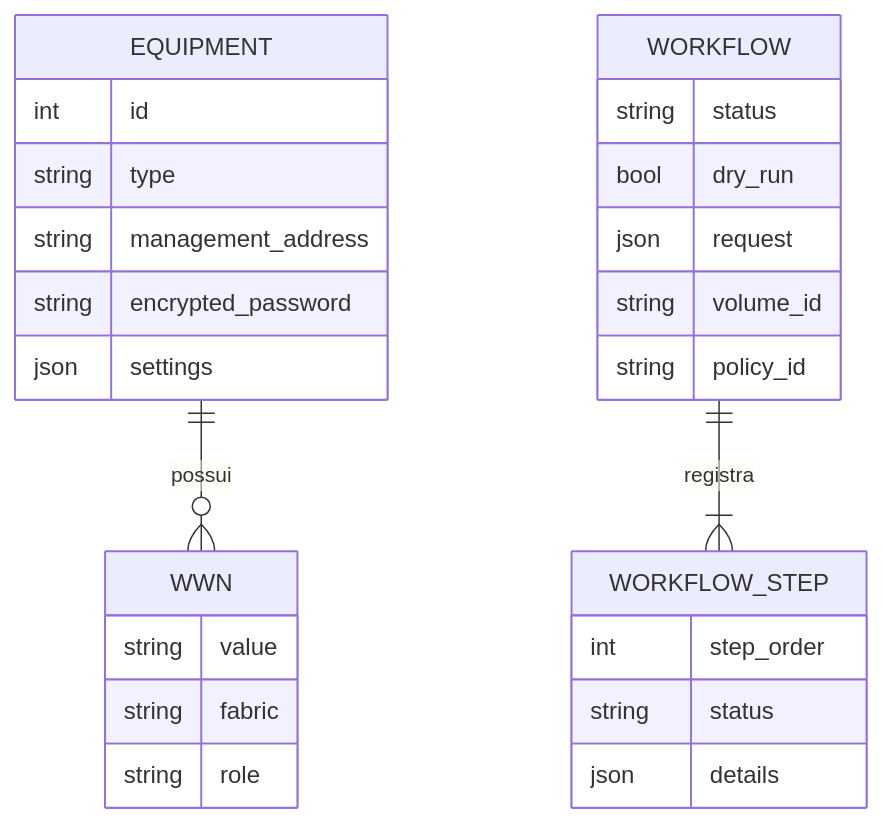
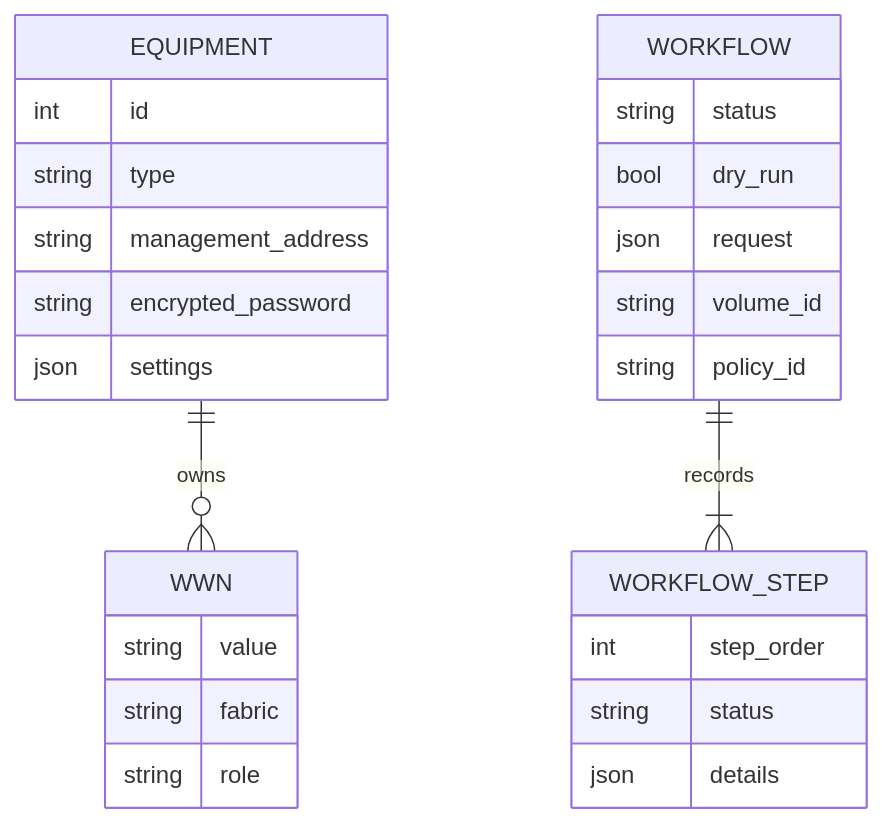
One commit to AlessandroDaudt/Dell-PPDM-PowerStore changed the diagram in docs/ARCHITECTURE.md. Above: the diagram before and after it, drawn with Mermaid. The commit also changed other lines of this file and 9 other files, not shown here.

````diff
--- a/docs/ARCHITECTURE.md
+++ b/docs/ARCHITECTURE.md
@@ -20,29 +20,29 @@
 ```mermaid
 erDiagram
-    EQUIPMENT ||--o{ WWN : possui
-    WORKFLOW ||--|{ WORKFLOW_STEP : registra
+    EQUIPMENT ||--o{ WWN : owns
+    WORKFLOW ||--|{ WORKFLOW_STEP : records
     EQUIPMENT {
       int id
       string type
       string management_address
       string encrypted_password
       json settings
     }
     WWN {
       string value
       string fabric
       string role
     }
     WORKFLOW {
       string status
       bool dry_run
       json request
       string volume_id
       string policy_id
     }
     WORKFLOW_STEP {
       int step_order
       string status
       json details
     }
 ```
````
